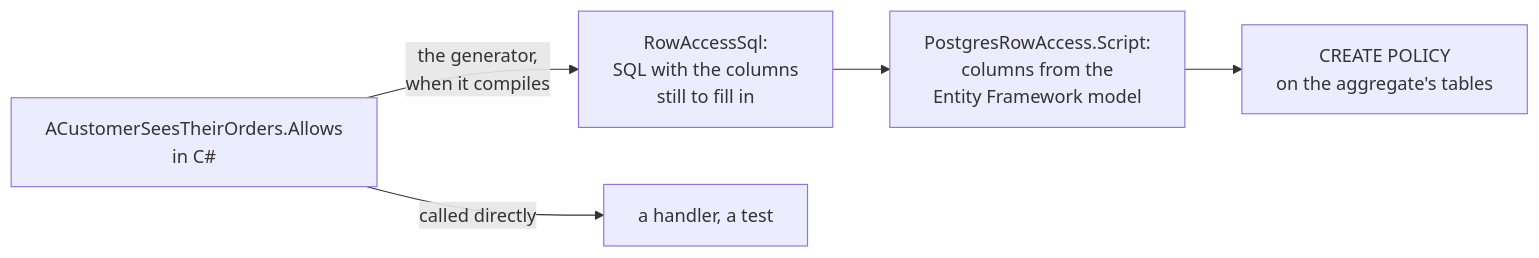
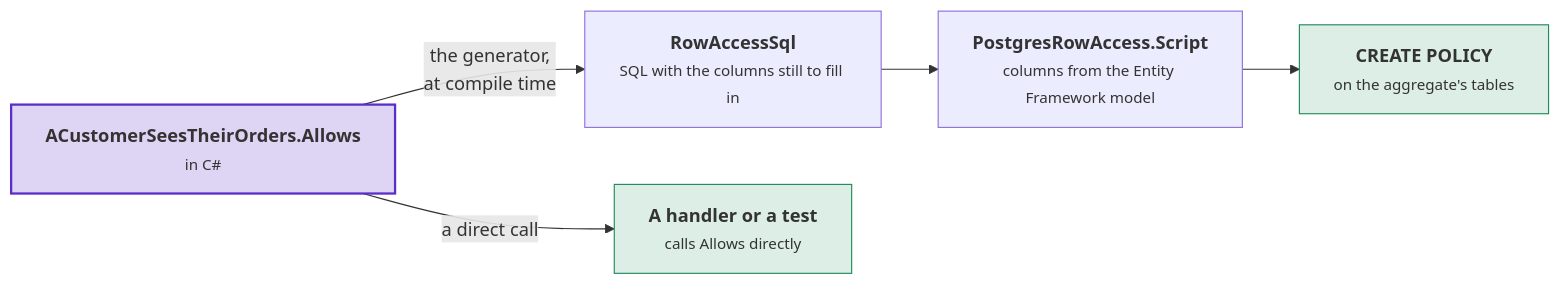
The fourth of 14 diagrams in docs/row-level-security.md (DylanSnel/DDDToolkit), drawn with Mermaid before and after one commit. The commit also changed other lines of this file and 41 other files, not shown here.

First line of the commit message:
Docs: plain prose, one word per concept, and readable diagrams on every page

````diff
--- a/docs/row-level-security.md
+++ b/docs/row-level-security.md
@@ -716,7 +788,16 @@
 ```mermaid
 flowchart LR
-    Rule["ACustomerSeesTheirOrders.Allows<br/>in C#"] -->|"the generator,<br/>when it compiles"| Template["RowAccessSql:<br/>SQL with the columns<br/>still to fill in"]
-    Template --> Script["PostgresRowAccess.Script:<br/>columns from the<br/>Entity Framework model"]
-    Script --> Policies["CREATE POLICY<br/>on the aggregate's tables"]
-    Rule -->|"called directly"| Handler["a handler, a test"]
+    rule["<b>ACustomerSeesTheirOrders.Allows</b><br/><small>in C#</small>"]
+    template["<b>RowAccessSql</b><br/><small>SQL with the columns still to fill in</small>"]
+    script["<b>PostgresRowAccess.Script</b><br/><small>columns from the Entity Framework model</small>"]
+    policies["<b>CREATE POLICY</b><br/><small>on the aggregate's tables</small>"]
+    handler["<b>A handler or a test</b><br/><small>calls Allows directly</small>"]
+    rule -->|"the generator,<br/>at compile time"| template
+    template --> script
+    script --> policies
+    rule -->|"a direct call"| handler
+    classDef strong fill:#5b2ec933,stroke:#5b2ec9,stroke-width:2px
+    classDef good fill:#1f8a5b26,stroke:#1f8a5b
+    class rule strong
+    class policies,handler good
 ```
````
